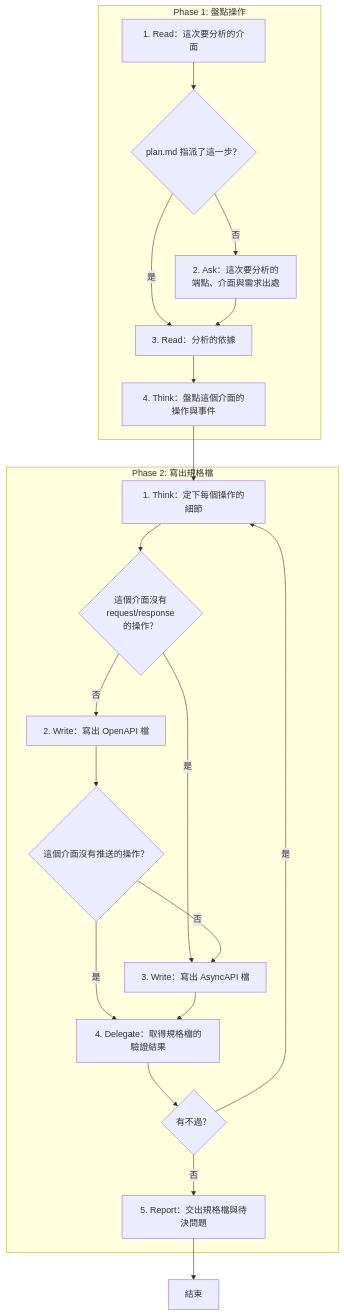
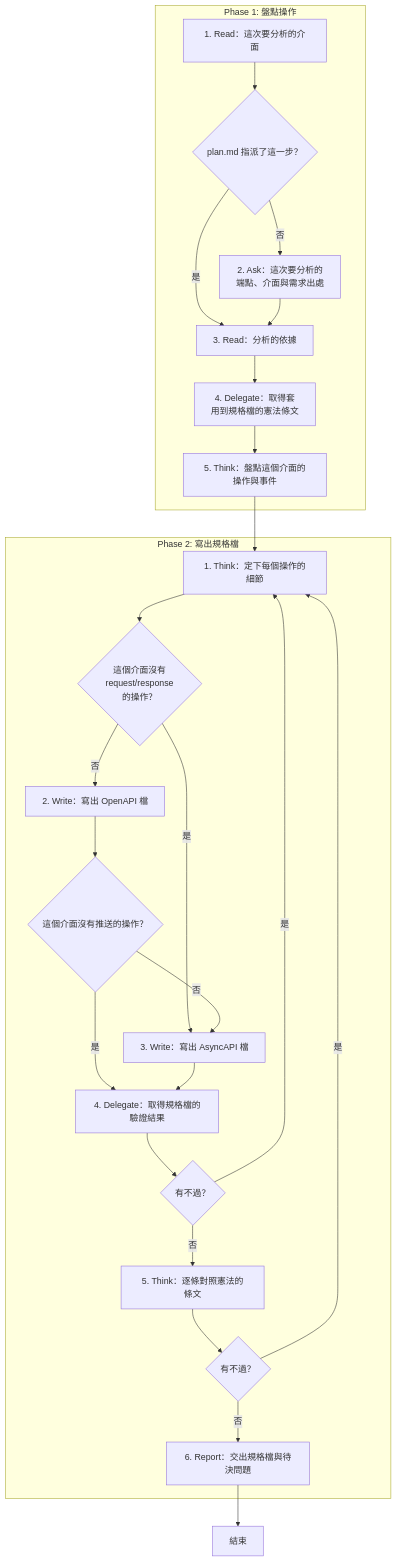
The diagram in .agents/skills/api-plan/SKILL.md (AI-x-BDD/BDGG-Dev-Skills), drawn with Mermaid before and after one commit. The commit also changed other lines of this file and 37 other files, not shown here.

````diff
--- a/.agents/skills/api-plan/SKILL.md
+++ b/.agents/skills/api-plan/SKILL.md
@@ -24,38 +26,45 @@
 ```mermaid
 flowchart TD
     subgraph P1["Phase 1: 盤點操作"]
         P1S1["1. Read：這次要分析的介面"]
         G_P1S1_1{"plan.md 指派了這一步？"}
         P1S2["2. Ask：這次要分析的<br/>端點、介面與需求出處"]
         P1S3["3. Read：分析的依據"]
-        P1S4["4. Think：盤點這個介面的操作與事件"]
+        P1S4["4. Delegate：取得套<br/>用到規格檔的憲法條文"]
+        P1S5["5. Think：盤點這個介面的操作與事件"]
     end
     subgraph P2["Phase 2: 寫出規格檔"]
         P2S1["1. Think：定下每個操作的細節"]
         G_P2S1_1{"這個介面沒有<br/>request/response<br/>的操作？"}
         P2S2["2. Write：寫出 OpenAPI 檔"]
         G_P2S2_1{"這個介面沒有推送的操作？"}
         P2S3["3. Write：寫出 AsyncAPI 檔"]
         P2S4["4. Delegate：取得規格檔的驗證結果"]
         G_P2S4_1{"有不過？"}
-        P2S5["5. Report：交出規格檔與待決問題"]
+        P2S5["5. Think：逐條對照憲法的條文"]
+        G_P2S5_1{"有不過？"}
+        P2S6["6. Report：交出規格檔與待決問題"]
     end
     End["結束"]
     P1S1 --> G_P1S1_1
     G_P1S1_1 -->|是| P1S3
     G_P1S1_1 -->|否| P1S2
     P1S2 --> P1S3
     P1S3 --> P1S4
-    P1S4 --> P2S1
+    P1S4 --> P1S5
+    P1S5 --> P2S1
     P2S1 --> G_P2S1_1
     G_P2S1_1 -->|是| P2S3
     G_P2S1_1 -->|否| P2S2
     P2S2 --> G_P2S2_1
     G_P2S2_1 -->|是| P2S4
     G_P2S2_1 -->|否| P2S3
     P2S3 --> P2S4
     P2S4 --> G_P2S4_1
     G_P2S4_1 -->|是| P2S1
     G_P2S4_1 -->|否| P2S5
-    P2S5 --> End
+    P2S5 --> G_P2S5_1
+    G_P2S5_1 -->|是| P2S1
+    G_P2S5_1 -->|否| P2S6
+    P2S6 --> End
 ```
````
